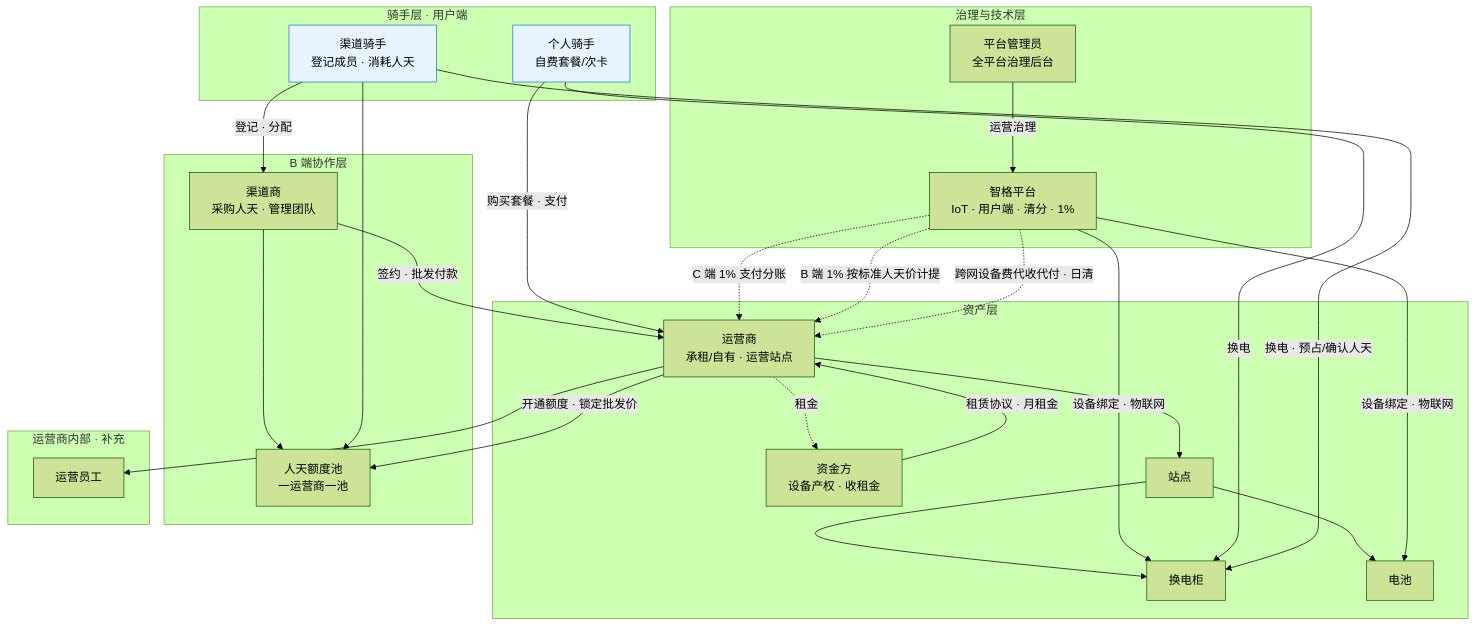
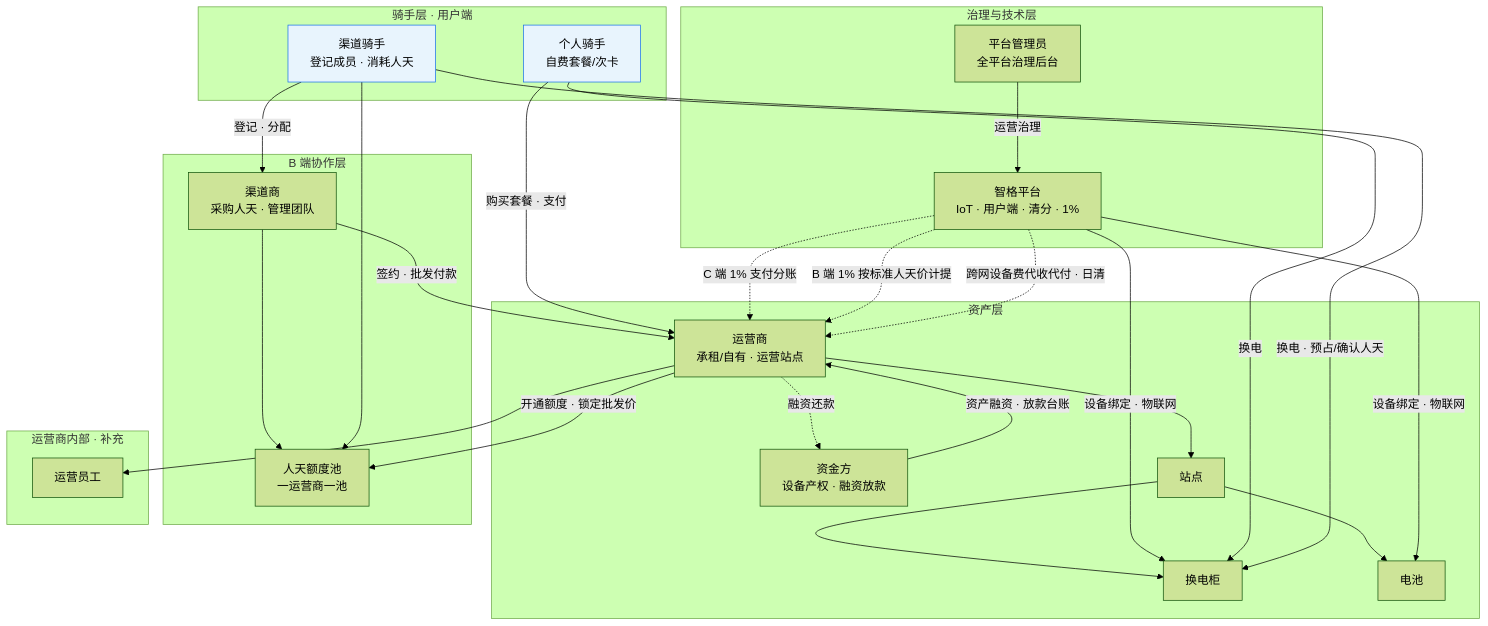
Before and after one commit to liudali/rider-swap-operator-prototype: the first of 5 diagrams in docs/业务整体预览图.md, drawn with Mermaid (forest theme). The commit also changed other lines of this file and 54 other files, not shown here.

````diff
--- a/docs/业务整体预览图.md
+++ b/docs/业务整体预览图.md
@@ -36,55 +36,55 @@
 ```mermaid
 flowchart TB
   subgraph gov [治理与技术层]
     Admin["平台管理员<br/>全平台治理后台"]
     Plat["智格平台<br/>IoT · 用户端 · 清分 · 1%"]
     Admin -->|运营治理| Plat
   end
 
   subgraph asset [资产层]
-    Lease["资金方<br/>设备产权 · 收租金"]
+    Lease["资金方<br/>设备产权 · 融资放款"]
     OP["运营商<br/>承租/自有 · 运营站点"]
     Site["站点"]
     Cab["换电柜"]
     Bat["电池"]
-    Lease -->|租赁协议 · 月租金| OP
+    Lease -->|资产融资 · 放款台账| OP
     OP --> Site
     Site --> Cab
     Site --> Bat
     Plat -->|设备绑定 · 物联网| Cab
     Plat -->|设备绑定 · 物联网| Bat
   end
 
   subgraph b2b [B 端协作层]
     CH["渠道商<br/>采购人天 · 管理团队"]
     Pool["人天额度池<br/>一运营商一池"]
     CH -->|签约 · 批发付款| OP
     CH --> Pool
     OP -->|开通额度 · 锁定批发价| Pool
   end
 
   subgraph riders [骑手层 · 用户端]
     R1["个人骑手<br/>自费套餐/次卡"]
     R2["渠道骑手<br/>登记成员 · 消耗人天"]
   end
 
   subgraph op_inner [运营商内部 · 补充]
     Staff["运营员工"]
     OP --> Staff
   end
 
   R1 -->|购买套餐 · 支付| OP
   R1 -->|换电| Cab
   R2 -->|登记 · 分配| CH
   R2 -->|换电 · 预占/确认人天| Cab
   R2 --> Pool
 
   Plat -.->|C 端 1% 支付分账| OP
   Plat -.->|B 端 1% 按标准人天价计提| OP
   Plat -.->|跨网设备费代收代付 · 日清| OP
-  OP -.->|租金| Lease
+  OP -.->|融资还款| Lease
 
   classDef rider fill:#e8f4fd,stroke:#1a73e8
   classDef money stroke-dasharray:5 5
   class R1,R2 rider
 ```
````
